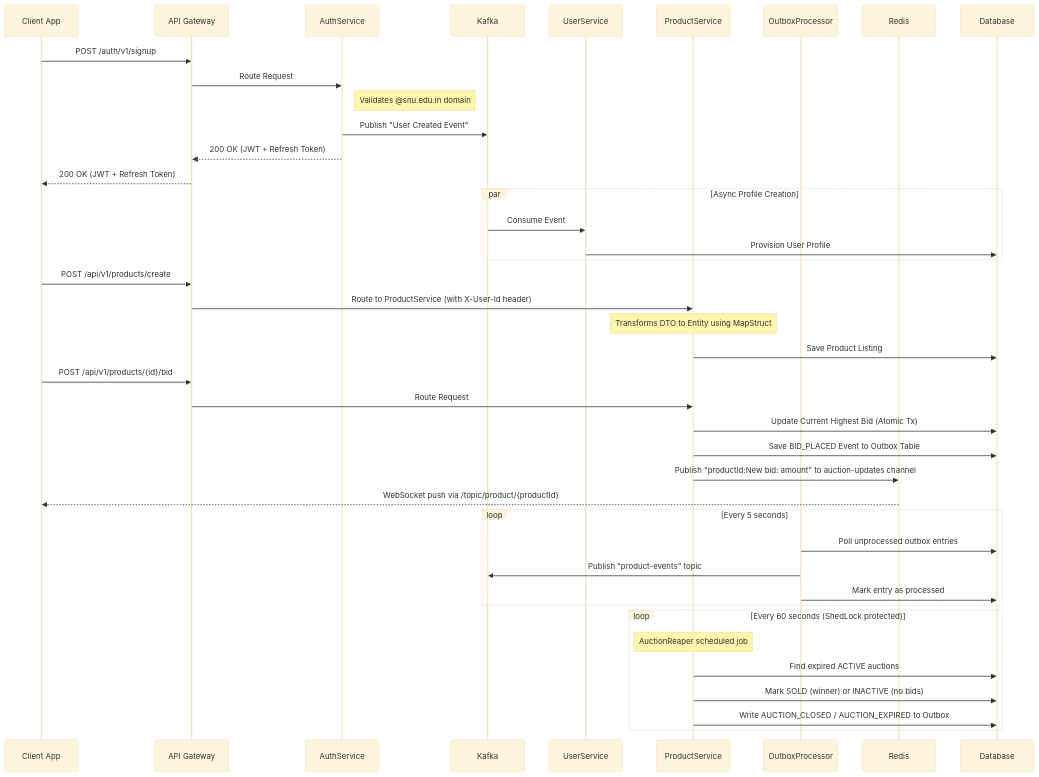
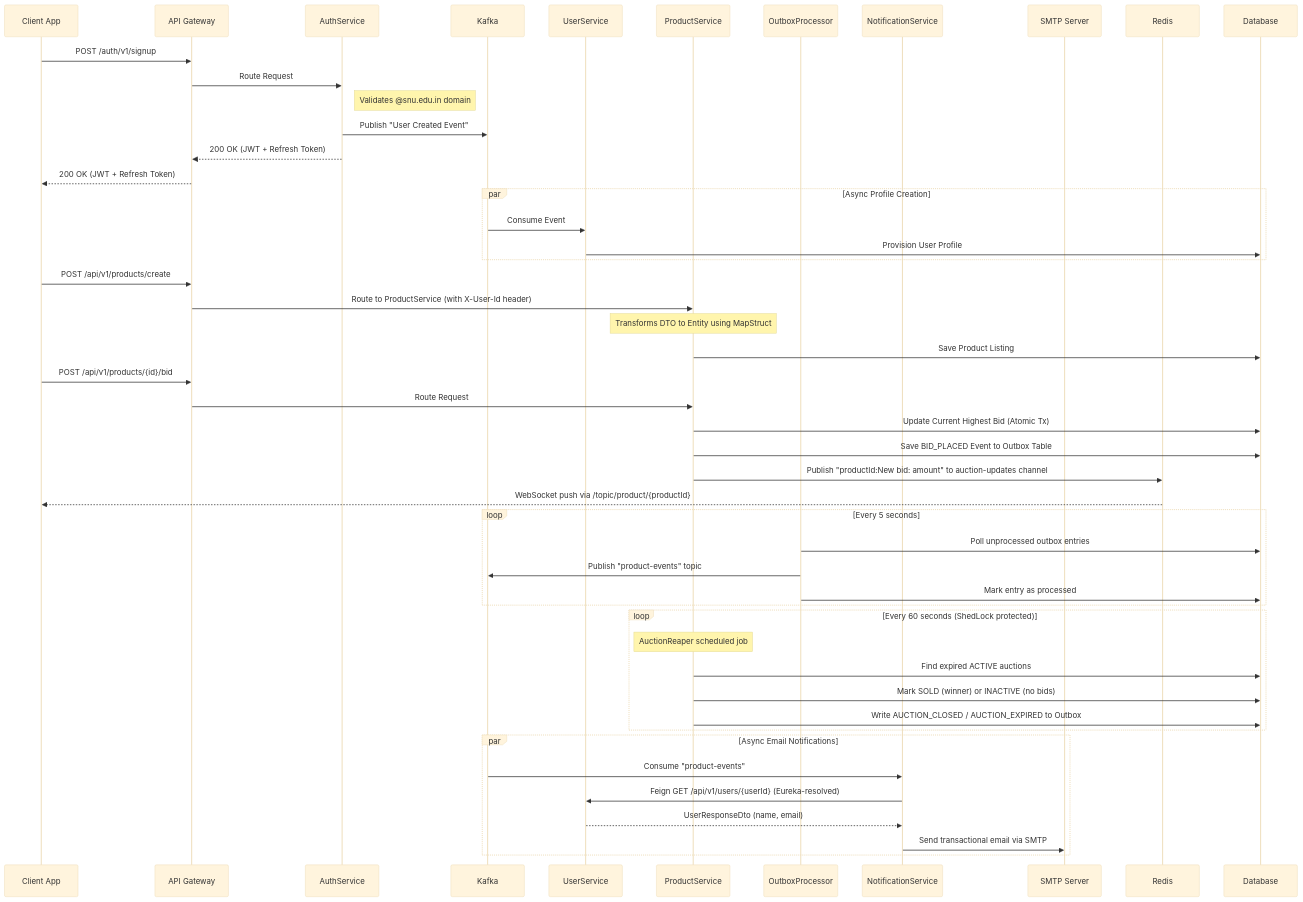
Before and after one commit to Arnav05-cyber/AuctionU: the diagram in README.md, drawn with Mermaid (base theme). The commit also changed other lines of this file and 17 other files, not shown here.

Commit message:
feat(notificationService): add email notification service with Kafka consumer, OpenFeign, and SMTP integration

````diff
--- a/README.md
+++ b/README.md
@@ -9,49 +9,58 @@
 ```mermaid
 sequenceDiagram
     participant App as Client App
     participant Gateway as API Gateway
     participant AuthService
     participant Kafka
     participant UserService
     participant ProductService as ProductService
     participant OutboxProcessor
+    participant NotificationService
+    participant MailServer as SMTP Server
     participant Redis
     participant Database
 
     App->>Gateway: POST /auth/v1/signup 
     Gateway->>AuthService: Route Request
     Note right of AuthService: Validates @snu.edu.in domain
     AuthService->>Kafka: Publish "User Created Event"
     AuthService-->>Gateway: 200 OK (JWT + Refresh Token)
     Gateway-->>App: 200 OK (JWT + Refresh Token)
 
     par Async Profile Creation
         Kafka->>UserService: Consume Event
         UserService->>Database: Provision User Profile
     end
 
     App->>Gateway: POST /api/v1/products/create
     Gateway->>ProductService: Route to ProductService (with X-User-Id header)
     Note over ProductService: Transforms DTO to Entity using MapStruct
     ProductService->>Database: Save Product Listing
 
     App->>Gateway: POST /api/v1/products/{id}/bid
     Gateway->>ProductService: Route Request
     ProductService->>Database: Update Current Highest Bid (Atomic Tx)
     ProductService->>Database: Save BID_PLACED Event to Outbox Table
     ProductService->>Redis: Publish "productId:New bid: amount" to auction-updates channel
     Redis-->>App: WebSocket push via /topic/product/{productId}
 
     loop Every 5 seconds
         OutboxProcessor->>Database: Poll unprocessed outbox entries
         OutboxProcessor->>Kafka: Publish "product-events" topic
         OutboxProcessor->>Database: Mark entry as processed
     end
 
     loop Every 60 seconds (ShedLock protected)
         Note over ProductService: AuctionReaper scheduled job
         ProductService->>Database: Find expired ACTIVE auctions
         ProductService->>Database: Mark SOLD (winner) or INACTIVE (no bids)
         ProductService->>Database: Write AUCTION_CLOSED / AUCTION_EXPIRED to Outbox
     end
+
+    par Async Email Notifications
+        Kafka->>NotificationService: Consume "product-events"
+        NotificationService->>UserService: Feign GET /api/v1/users/{userId} (Eureka-resolved)
+        UserService-->>NotificationService: UserResponseDto (name, email)
+        NotificationService->>MailServer: Send transactional email via SMTP
+    end
 ```
````
